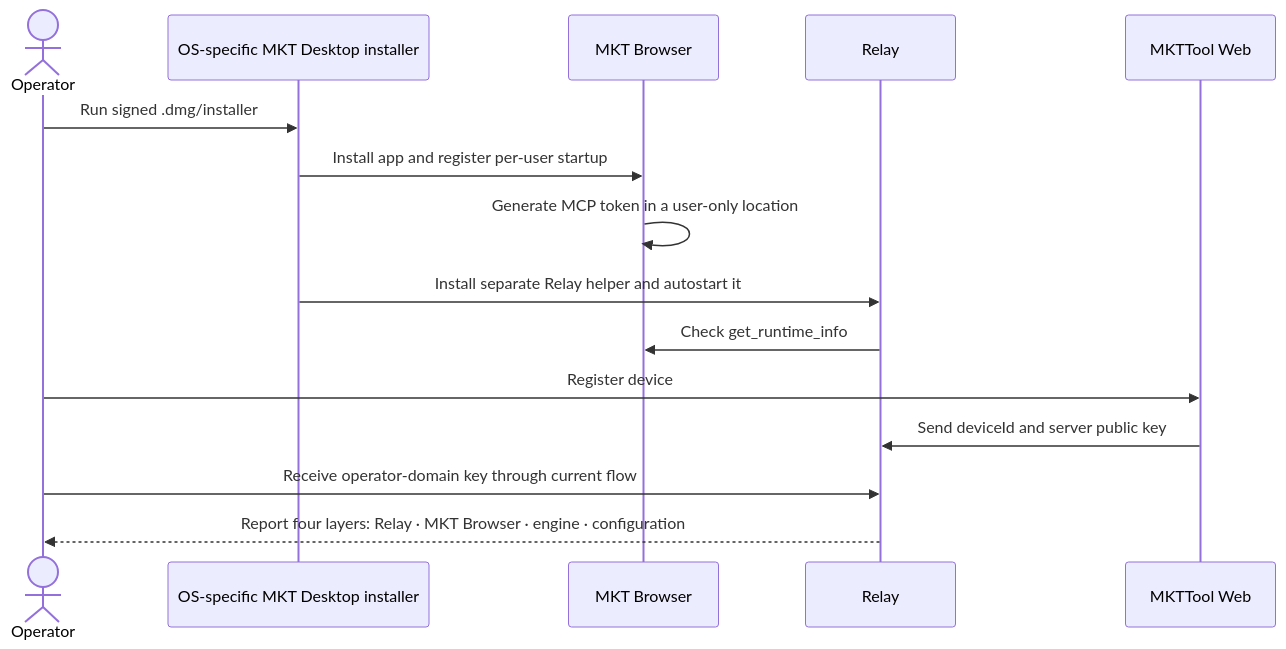
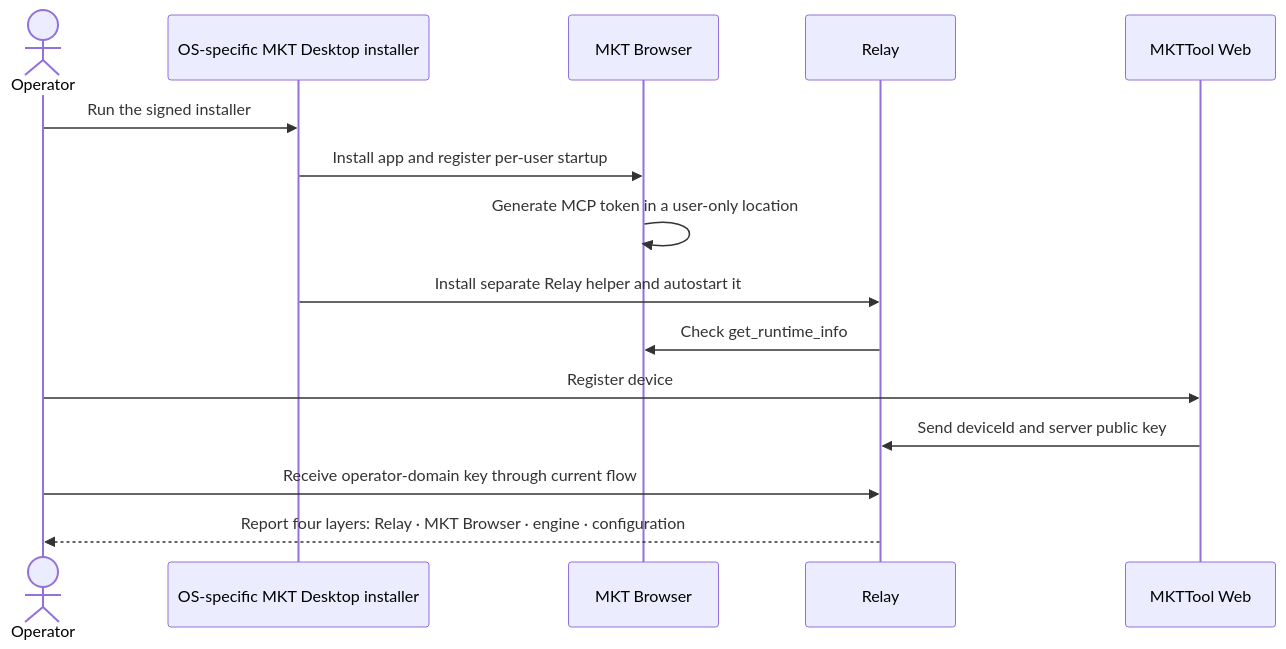
The second of 6 diagrams in plans/260810-0244-mkt-browser-noi-bo/plan.md (FinanceBullkk/MKTTool), drawn with Mermaid before and after one commit. The commit also changed other lines of this file and 3 other files, not shown here.

````diff
--- a/plans/260810-0244-mkt-browser-noi-bo/plan.md
+++ b/plans/260810-0244-mkt-browser-noi-bo/plan.md
@@ -344,18 +357,18 @@
 ```mermaid
 sequenceDiagram
   actor Operator
   participant Setup as OS-specific MKT Desktop installer
   participant MB as MKT Browser
   participant R as Relay
   participant W as MKTTool Web
 
-  Operator->>Setup: Run signed .dmg/installer
+  Operator->>Setup: Run the signed installer
   Setup->>MB: Install app and register per-user startup
   MB->>MB: Generate MCP token in a user-only location
   Setup->>R: Install separate Relay helper and autostart it
   R->>MB: Check get_runtime_info
   Operator->>W: Register device
   W->>R: Send deviceId and server public key
   Operator->>R: Receive operator-domain key through current flow
   R-->>Operator: Report four layers: Relay · MKT Browser · engine · configuration
 ```
````
